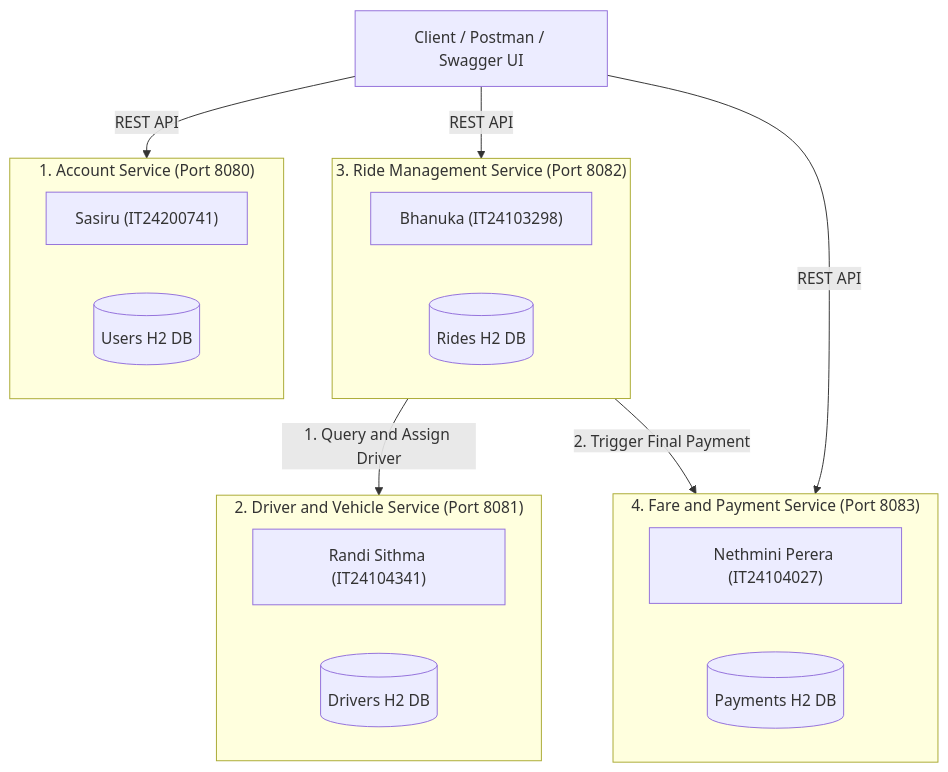
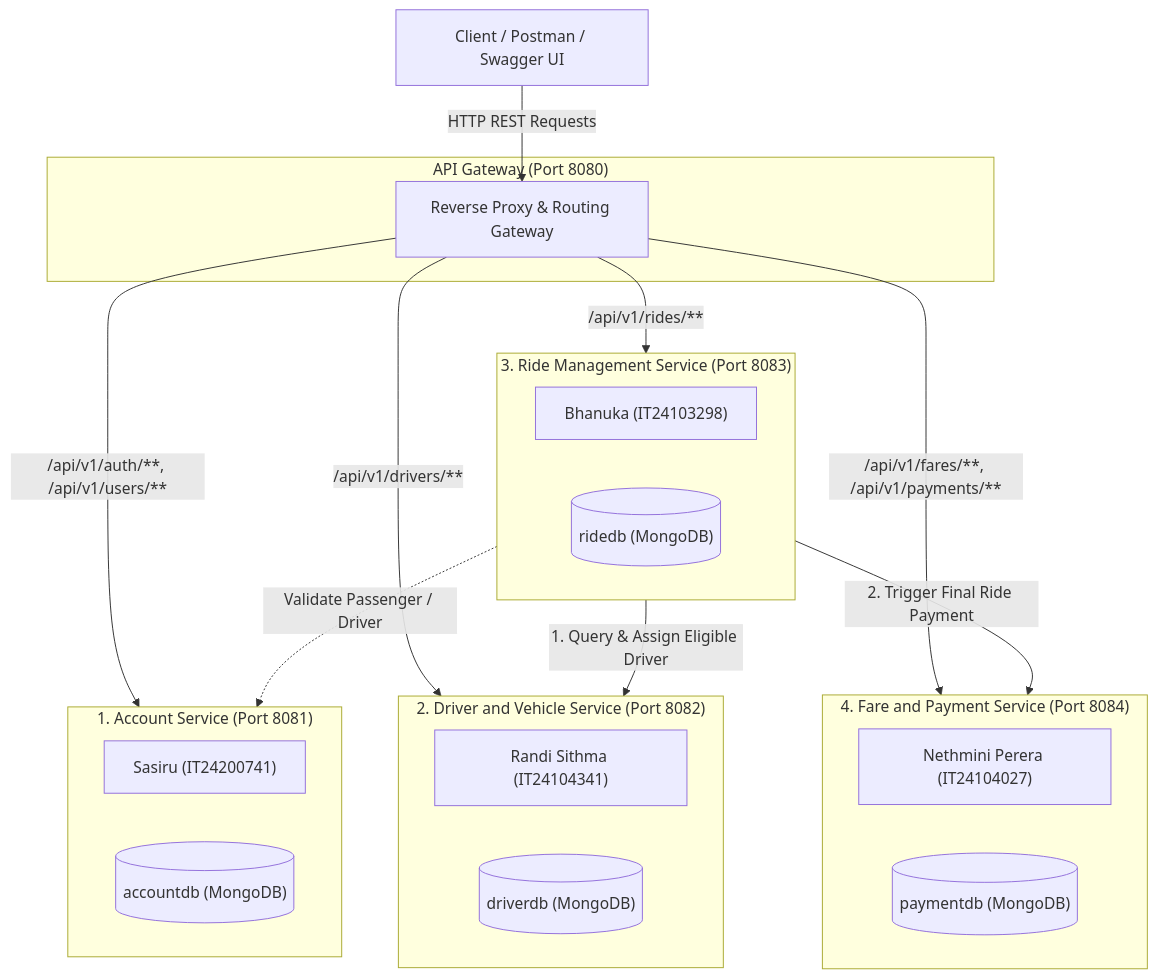
Before and after one commit to IT24200741/IT3130_RideLink_Microservices: the diagram in README.md, drawn with Mermaid. The commit also changed other lines of this file, not shown here.

Commit message:
docs: update README with port configuration (8080-8084) and MongoDB architecture

````diff
--- a/README.md
+++ b/README.md
@@ -29,31 +30,39 @@
 ```mermaid
 flowchart TD
     Client["Client / Postman / Swagger UI"]
-    
-    subgraph S1["1. Account Service (Port 8080)"]
+
+    subgraph GW["API Gateway (Port 8080)"]
+        GatewayRouter["Reverse Proxy & Routing Gateway"]
+    end
+
+    subgraph S1["1. Account Service (Port 8081)"]
         Sasiru["Sasiru (IT24200741)"]
-        DB1[("Users H2 DB")]
+        DB1[("accountdb (MongoDB)")]
     end
     
-    subgraph S3["3. Ride Management Service (Port 8082)"]
+    subgraph S2["2. Driver and Vehicle Service (Port 8082)"]
+        Randi["Randi Sithma (IT24104341)"]
+        DB2[("driverdb (MongoDB)")]
+    end
+
+    subgraph S3["3. Ride Management Service (Port 8083)"]
         Bhanuka["Bhanuka (IT24103298)"]
-        DB3[("Rides H2 DB")]
+        DB3[("ridedb (MongoDB)")]
     end
     
-    subgraph S2["2. Driver and Vehicle Service (Port 8081)"]
-        Randi["Randi Sithma (IT24104341)"]
-        DB2[("Drivers H2 DB")]
-    end
-    
-    subgraph S4["4. Fare and Payment Service (Port 8083)"]
+    subgraph S4["4. Fare and Payment Service (Port 8084)"]
         Nethmini["Nethmini Perera (IT24104027)"]
-        DB4[("Payments H2 DB")]
+        DB4[("paymentdb (MongoDB)")]
     end
 
-    Client -->|REST API| S1
-    Client -->|REST API| S3
-    Client -->|REST API| S4
+    Client -->|HTTP REST Requests| GatewayRouter
     
-    S3 -->|1. Query and Assign Driver| S2
-    S3 -->|2. Trigger Final Payment| S4
+    GatewayRouter -->|/api/v1/auth/**, /api/v1/users/**| S1
+    GatewayRouter -->|/api/v1/drivers/**| S2
+    GatewayRouter -->|/api/v1/rides/**| S3
+    GatewayRouter -->|/api/v1/fares/**, /api/v1/payments/**| S4
+    
+    S3 -->|1. Query & Assign Eligible Driver| S2
+    S3 -->|2. Trigger Final Ride Payment| S4
+    S3 -.->|Validate Passenger / Driver| S1
 ```
````
